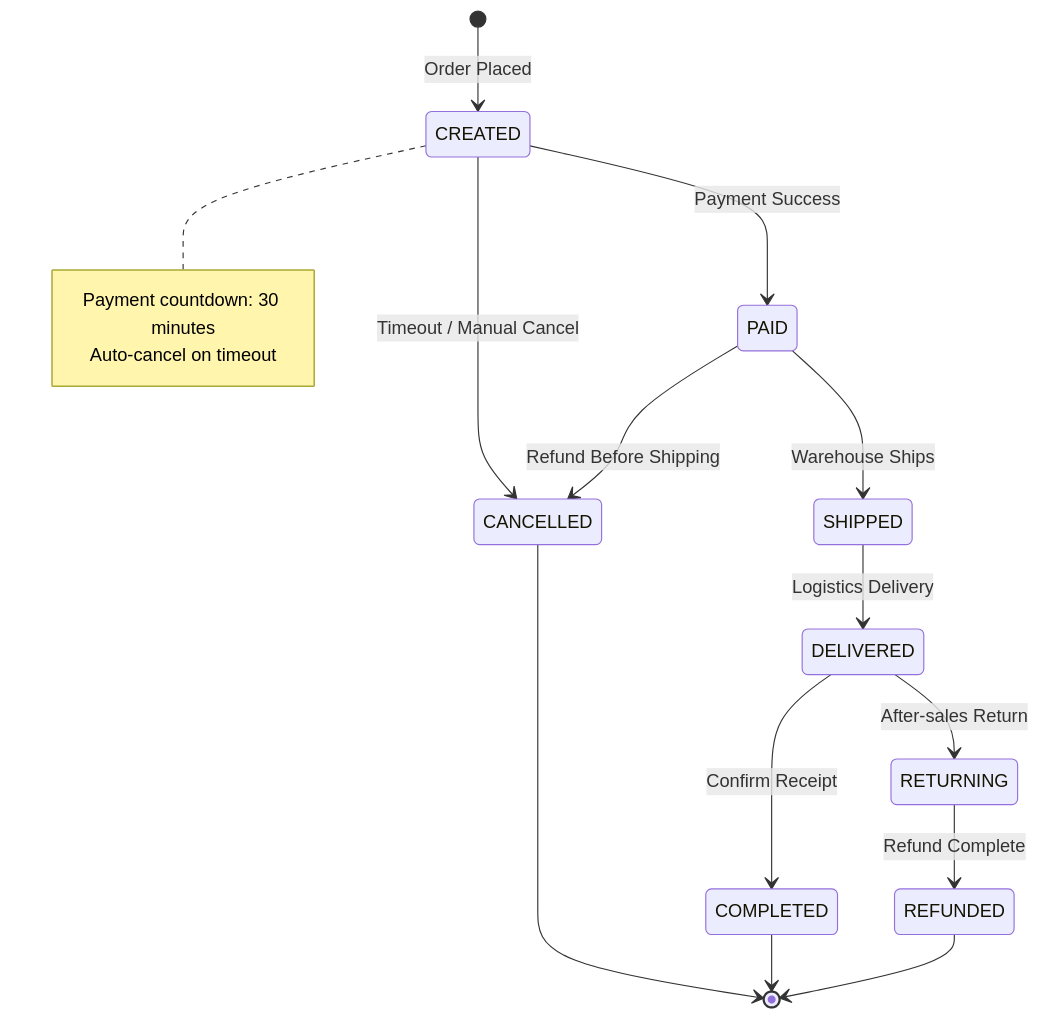
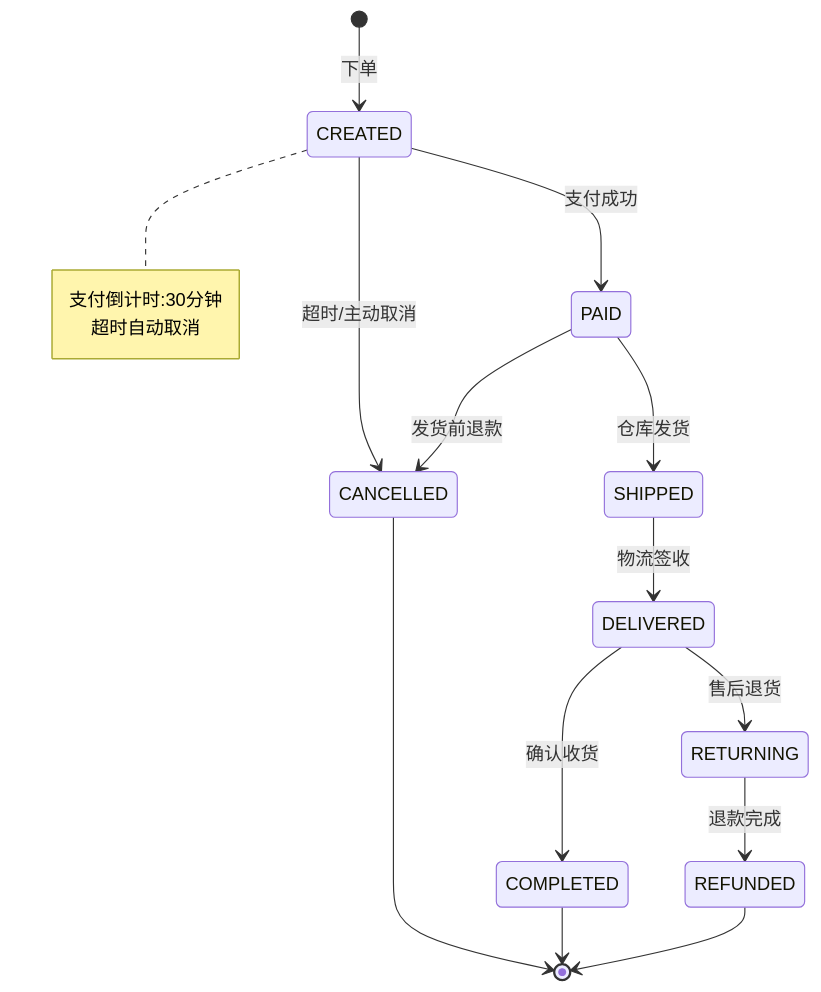
Before and after one commit to Kirky-X/cangjie: the seventh of 11 diagrams in templates/Product/Technology/Template-DB-Design.md, drawn with Mermaid. The commit also changed other lines of this file and 33 other files, not shown here.

````diff
--- a/templates/Product/Technology/Template-DB-Design.md
+++ b/templates/Product/Technology/Template-DB-Design.md
@@ -473,20 +473,20 @@
 ```mermaid
 stateDiagram-v2
-    [*] --> CREATED: Order Placed
-    CREATED --> PAID: Payment Success
-    CREATED --> CANCELLED: Timeout / Manual Cancel
-    PAID --> SHIPPED: Warehouse Ships
-    PAID --> CANCELLED: Refund Before Shipping
-    SHIPPED --> DELIVERED: Logistics Delivery
-    DELIVERED --> COMPLETED: Confirm Receipt
-    DELIVERED --> RETURNING: After-sales Return
-    RETURNING --> REFUNDED: Refund Complete
+    [*] --> CREATED: 下单
+    CREATED --> PAID: 支付成功
+    CREATED --> CANCELLED: 超时/主动取消
+    PAID --> SHIPPED: 仓库发货
+    PAID --> CANCELLED: 发货前退款
+    SHIPPED --> DELIVERED: 物流签收
+    DELIVERED --> COMPLETED: 确认收货
+    DELIVERED --> RETURNING: 售后退货
+    RETURNING --> REFUNDED: 退款完成
     CANCELLED --> [*]
     COMPLETED --> [*]
     REFUNDED --> [*]
 
     note right of CREATED
-        Payment countdown: 30 minutes
-        Auto-cancel on timeout
+        支付倒计时:30分钟
+        超时自动取消
     end note
 ```
````
